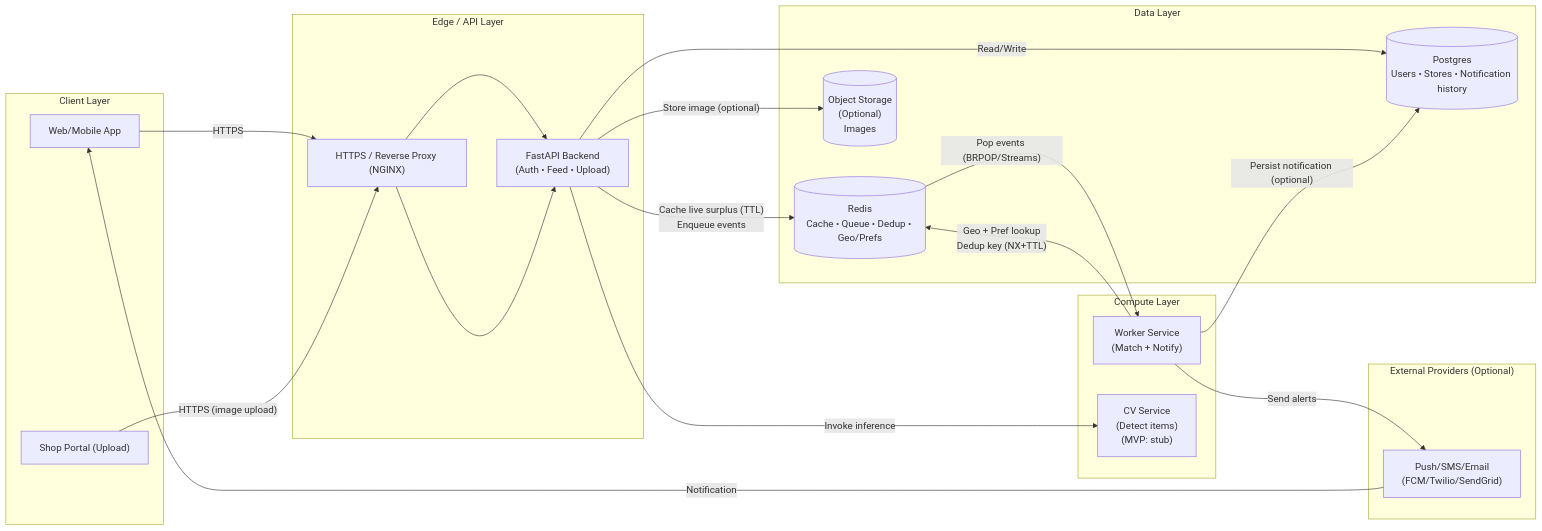
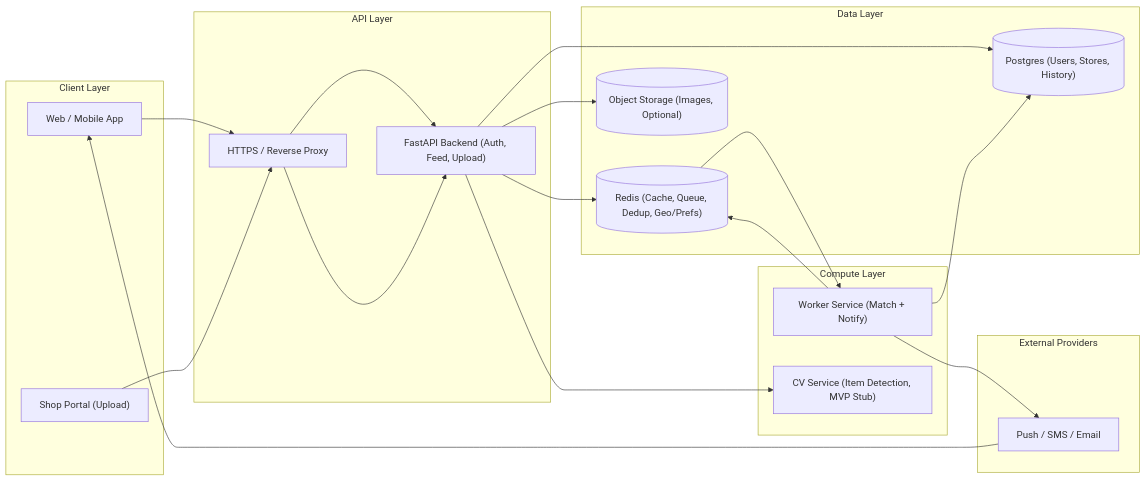
One commit to ronitsohal05/Guardian changed the second of 2 diagrams in README.md. Above: the diagram before and after it, drawn with Mermaid.

Commit message:
Refactor architecture diagram for clarity

````diff
--- a/README.md
+++ b/README.md
@@ -51,52 +51,43 @@
 ```mermaid
 flowchart LR
-  %% =========================
-  %% Guardian MVP Architecture
-  %% =========================
 
-  subgraph Client["Client Layer"]
-    U["Web/Mobile App"]
-    S["Shop Portal (Upload)"]
-  end
+subgraph Client["Client Layer"]
+  U["Web / Mobile App"]
+  S["Shop Portal (Upload)"]
+end
 
-  subgraph Edge["Edge / API Layer"]
-    LB["HTTPS / Reverse Proxy (NGINX)"]
-    API["FastAPI Backend\n(Auth • Feed • Upload)"]
-  end
+subgraph API_Layer["API Layer"]
+  LB["HTTPS / Reverse Proxy"]
+  API["FastAPI Backend (Auth, Feed, Upload)"]
+end
 
-  subgraph Compute["Compute Layer"]
-    W["Worker Service\n(Match + Notify)"]
-    CV["CV Service\n(Detect items)\n(MVP: stub)"]
-  end
+subgraph Compute["Compute Layer"]
+  W["Worker Service (Match + Notify)"]
+  CV["CV Service (Item Detection, MVP Stub)"]
+end
 
-  subgraph Data["Data Layer"]
-    R[("Redis\nCache • Queue • Dedup • Geo/Prefs")]
-    DB[("Postgres\nUsers • Stores • Notification history")]
-    OBJ[("Object Storage\n(Optional)\nImages")]
-  end
+subgraph Data["Data Layer"]
+  R[("Redis (Cache, Queue, Dedup, Geo/Prefs)")]
+  DB[("Postgres (Users, Stores, History)")]
+  OBJ[("Object Storage (Images, Optional)")]
+end
 
-  subgraph External["External Providers (Optional)"]
-    PUSH["Push/SMS/Email\n(FCM/Twilio/SendGrid)"]
-  end
+subgraph External["External Providers"]
+  PUSH["Push / SMS / Email"]
+end
 
-  %% Client -> API
-  U -->|"HTTPS"| LB --> API
-  S -->|"HTTPS (image upload)"| LB --> API
+U --> LB --> API
+S --> LB --> API
 
-  %% API -> CV + storage
-  API -->|"Invoke inference"| CV
-  API -->|"Store image (optional)"| OBJ
+API --> CV
+API --> OBJ
+API --> DB
+API --> R
 
-  %% API -> Data
-  API -->|"Read/Write"| DB
-  API -->|"Cache live surplus (TTL)\nEnqueue events"| R
+R --> W
+W --> R
+W --> DB
+W --> PUSH
 
-  %% Worker -> Data + Providers
-  R -->|"Pop events (BRPOP/Streams)"| W
-  W -->|"Geo + Pref lookup\nDedup key (NX+TTL)"| R
-  W -->|"Persist notification (optional)"| DB
-  W -->|"Send alerts"| PUSH
-
-  %% Alerts to users
-  PUSH -->|"Notification"| U
+PUSH --> U
 ```
````
